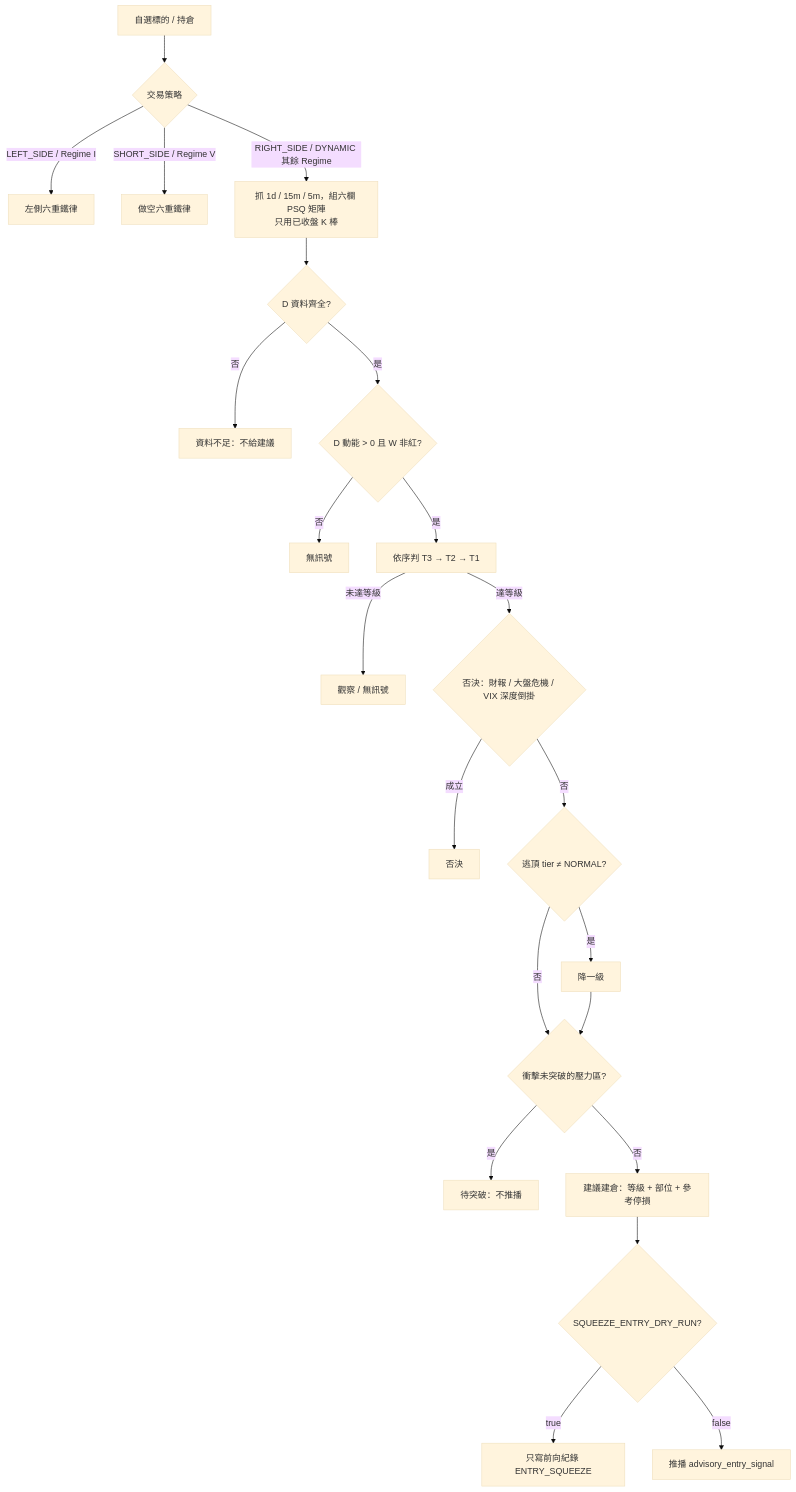
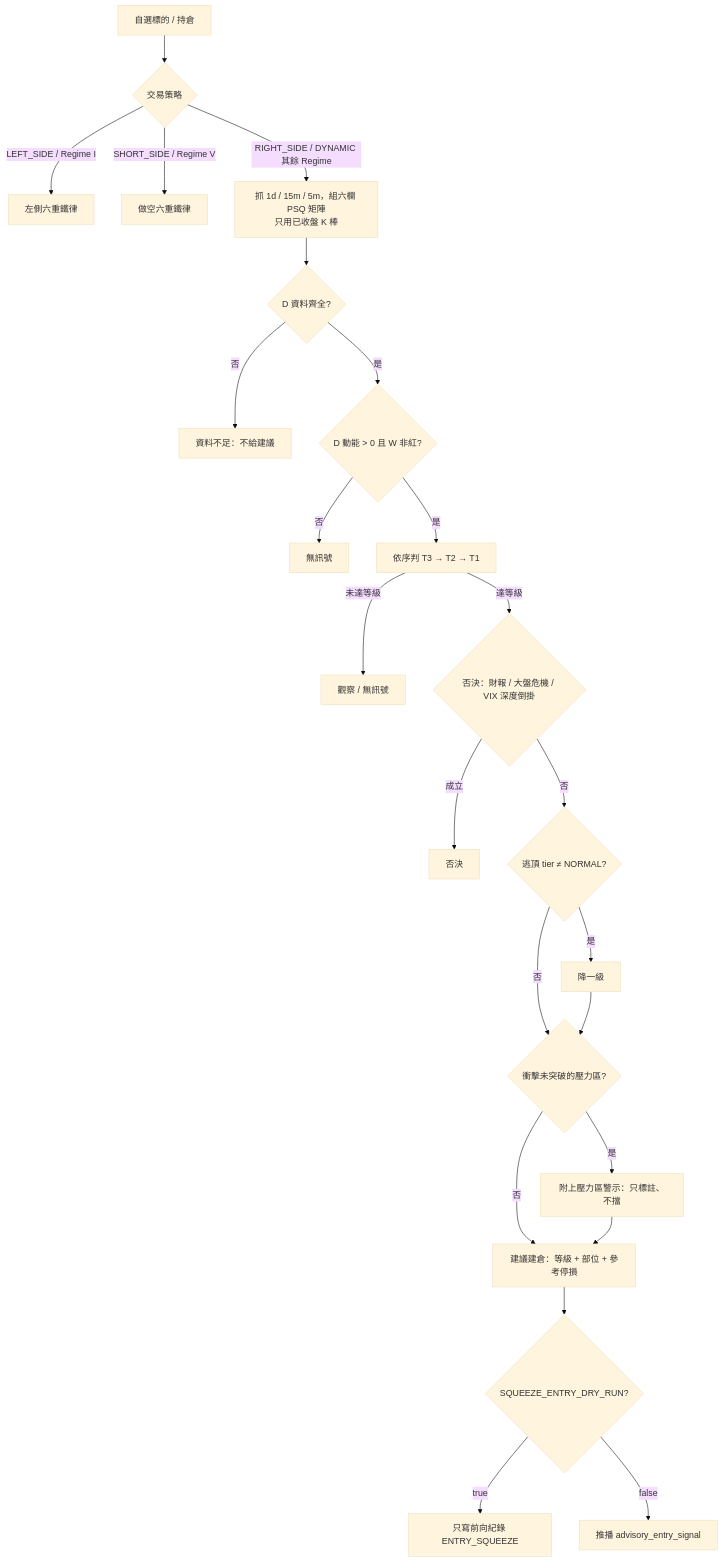
The diagram in docs/strategies/10_multi_timeframe_squeeze_entry.md (cosmo-chang-1701/nexus-seeker), drawn with Mermaid (base theme) before and after one commit. The commit also changed other lines of this file and 12 other files, not shown here.

````diff
--- a/docs/strategies/10_multi_timeframe_squeeze_entry.md
+++ b/docs/strategies/10_multi_timeframe_squeeze_entry.md
@@ -104,24 +104,25 @@
 ```mermaid
 flowchart TD
     A[自選標的 / 持倉] --> B{交易策略}
     B -- LEFT_SIDE / Regime I --> L[左側六重鐵律]
     B -- SHORT_SIDE / Regime V --> S[做空六重鐵律]
     B -- RIGHT_SIDE / DYNAMIC 其餘 Regime --> M[抓 1d / 15m / 5m，組六欄 PSQ 矩陣<br/>只用已收盤 K 棒]
     M --> D{D 資料齊全?}
     D -- 否 --> X[資料不足：不給建議]
     D -- 是 --> P{D 動能 > 0 且 W 非紅?}
     P -- 否 --> N[無訊號]
     P -- 是 --> G[依序判 T3 → T2 → T1]
     G -- 未達等級 --> W[觀察 / 無訊號]
     G -- 達等級 --> V{否決：財報 / 大盤危機 / VIX 深度倒掛}
     V -- 成立 --> VX[否決]
     V -- 否 --> DG{逃頂 tier ≠ NORMAL?}
     DG -- 是 --> DN[降一級]
     DG -- 否 --> R
     DN --> R{衝擊未突破的壓力區?}
-    R -- 是 --> PB[待突破：不推播]
+    R -- 是 --> RW[附上壓力區警示：只標註、不擋]
     R -- 否 --> E[建議建倉：等級 + 部位 + 參考停損]
+    RW --> E
     E --> DR{SQUEEZE_ENTRY_DRY_RUN?}
     DR -- true --> FL[只寫前向紀錄 ENTRY_SQUEEZE]
     DR -- false --> PUSH[推播 advisory_entry_signal]
 ```
````
